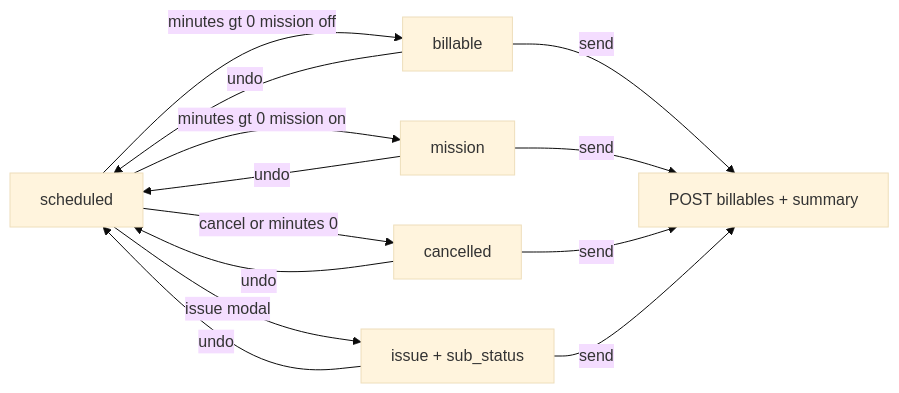
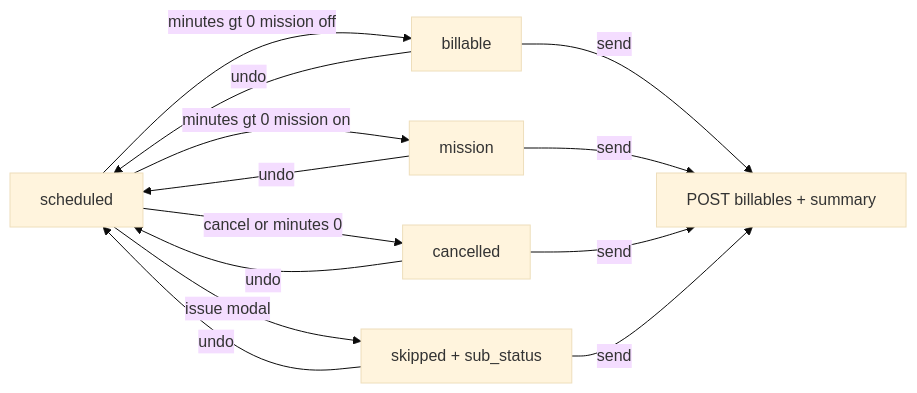
Before and after one commit to soumitsalman/medicafe-ui: the diagram in AGENTS.md, drawn with Mermaid (base theme). The commit also changed other lines of this file and 31 other files, not shown here.

First line of the commit message:
Update case status terminology from 'issue' to 'skipped' across API and UI components

````diff
--- a/AGENTS.md
+++ b/AGENTS.md
@@ -324,15 +324,15 @@
 ```mermaid
 flowchart LR
   S[scheduled] -->|minutes gt 0 mission off| B[billable]
   S -->|minutes gt 0 mission on| M[mission]
   S -->|cancel or minutes 0| C[cancelled]
   B -->|undo| S
   M -->|undo| S
   C -->|undo| S
-  S -->|issue modal| I[issue + sub_status]
+  S -->|issue modal| I[skipped + sub_status]
   I -->|undo| S
   B -->|send| OUT[POST billables + summary]
   M -->|send| OUT
   C -->|send| OUT
   I -->|send| OUT
 ```
````
